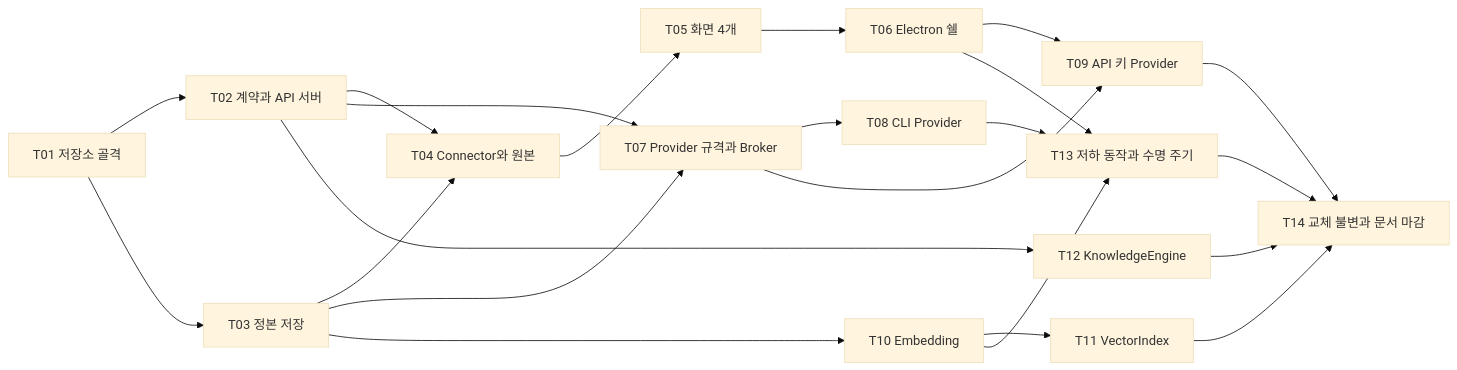
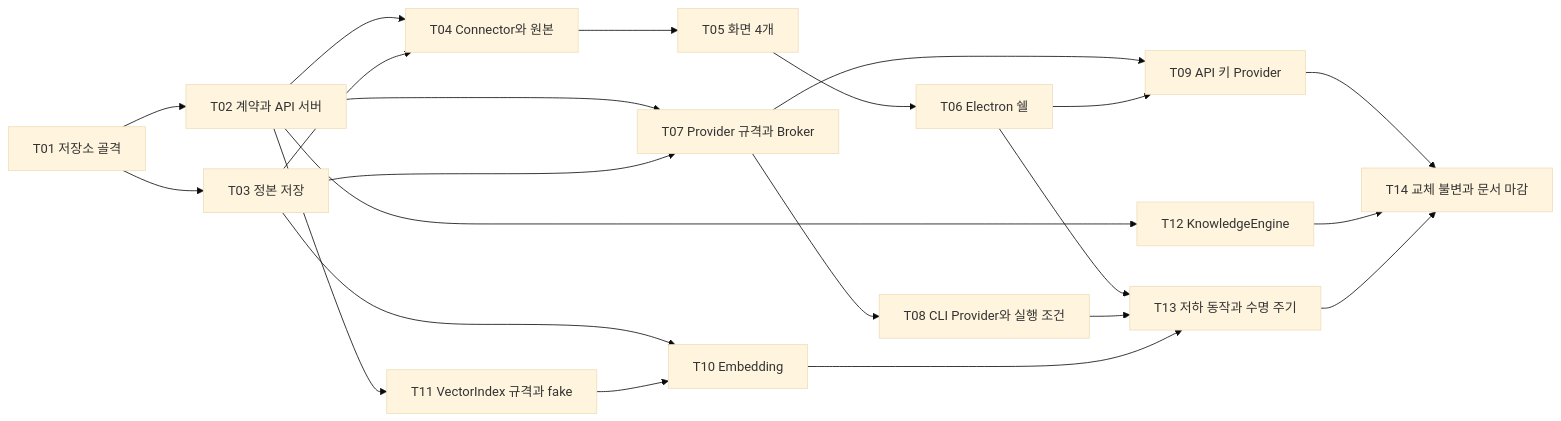
One commit to nohdol97/PKI changed the second of 2 diagrams in docs/specs/2026-11-21-V01-vertical-skeleton.md. Above: the diagram before and after it, drawn with Mermaid (base theme). The commit also changed other lines of this file and 10 other files, not shown here.

````diff
--- a/docs/specs/2026-11-21-V01-vertical-skeleton.md
+++ b/docs/specs/2026-11-21-V01-vertical-skeleton.md
@@ -144,24 +153,24 @@
 ```mermaid
 flowchart LR
   T01["T01 저장소 골격"] --> T02["T02 계약과 API 서버"]
   T01 --> T03["T03 정본 저장"]
   T02 --> T04["T04 Connector와 원본"]
   T03 --> T04
   T04 --> T05["T05 화면 4개"]
   T05 --> T06["T06 Electron 쉘"]
   T02 --> T07["T07 Provider 규격과 Broker"]
   T03 --> T07
-  T07 --> T08["T08 CLI Provider"]
+  T07 --> T08["T08 CLI Provider와 실행 조건"]
   T07 --> T09["T09 API 키 Provider"]
   T06 --> T09
+  T02 --> T11["T11 VectorIndex 규격과 fake"]
   T03 --> T10["T10 Embedding"]
-  T10 --> T11["T11 VectorIndex"]
+  T11 --> T10
   T02 --> T12["T12 KnowledgeEngine"]
   T06 --> T13["T13 저하 동작과 수명 주기"]
   T08 --> T13
   T10 --> T13
   T09 --> T14["T14 교체 불변과 문서 마감"]
-  T11 --> T14
   T12 --> T14
   T13 --> T14
 ```
````
